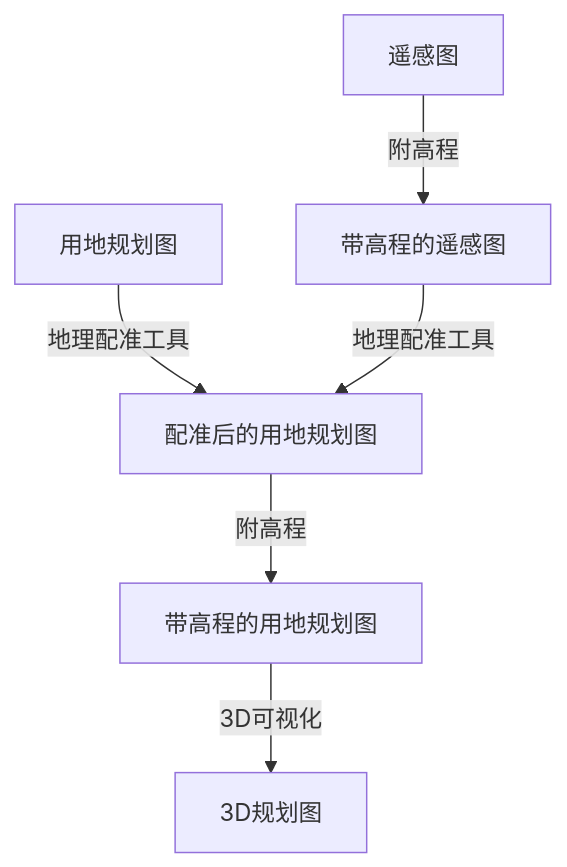
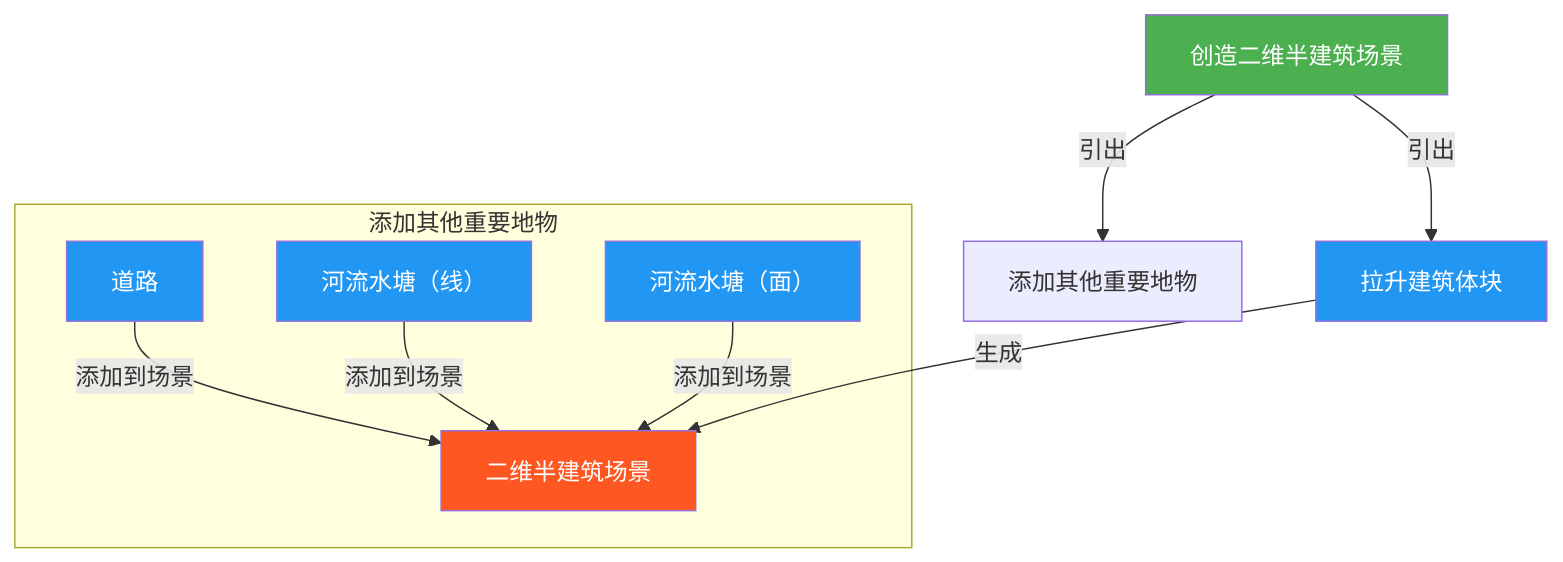
The diagram in all/未命名.md (newguser/iodraw-files), drawn with Mermaid before and after one commit.

Commit message:
2025-02-27 21:50:24 update

````diff
--- a/all/未命名.md
+++ b/all/未命名.md
@@ -1,8 +1,18 @@
 ```mermaid
 graph TD
-    A[遥感图] -->|附高程| B[带高程的遥感图]
-    C[用地规划图] -->|地理配准工具| D[配准后的用地规划图]
-    D -->|附高程| E[带高程的用地规划图]
-    B -->|地理配准工具| D[配准后的用地规划图]
-    E -->|3D可视化| G[3D规划图]
+    A[创造二维半建筑场景] -->|引出| B[拉升建筑体块]
+    A -->|引出| C[添加其他重要地物]
+
+    subgraph 添加其他重要地物
+        C1[道路] -->|添加到场景| D[二维半建筑场景]
+        C2[河流水塘（线）] -->|添加到场景| D
+        C3[河流水塘（面）] -->|添加到场景| D
+    end
+
+    B -->|生成| D[二维半建筑场景]
+
+    style A fill:#4CAF50,color:white
+    style D fill:#FF5722,color:white
+    classDef process fill:#2196F3,color:white;
+    class B,C1,C2,C3 process
 ```
````
